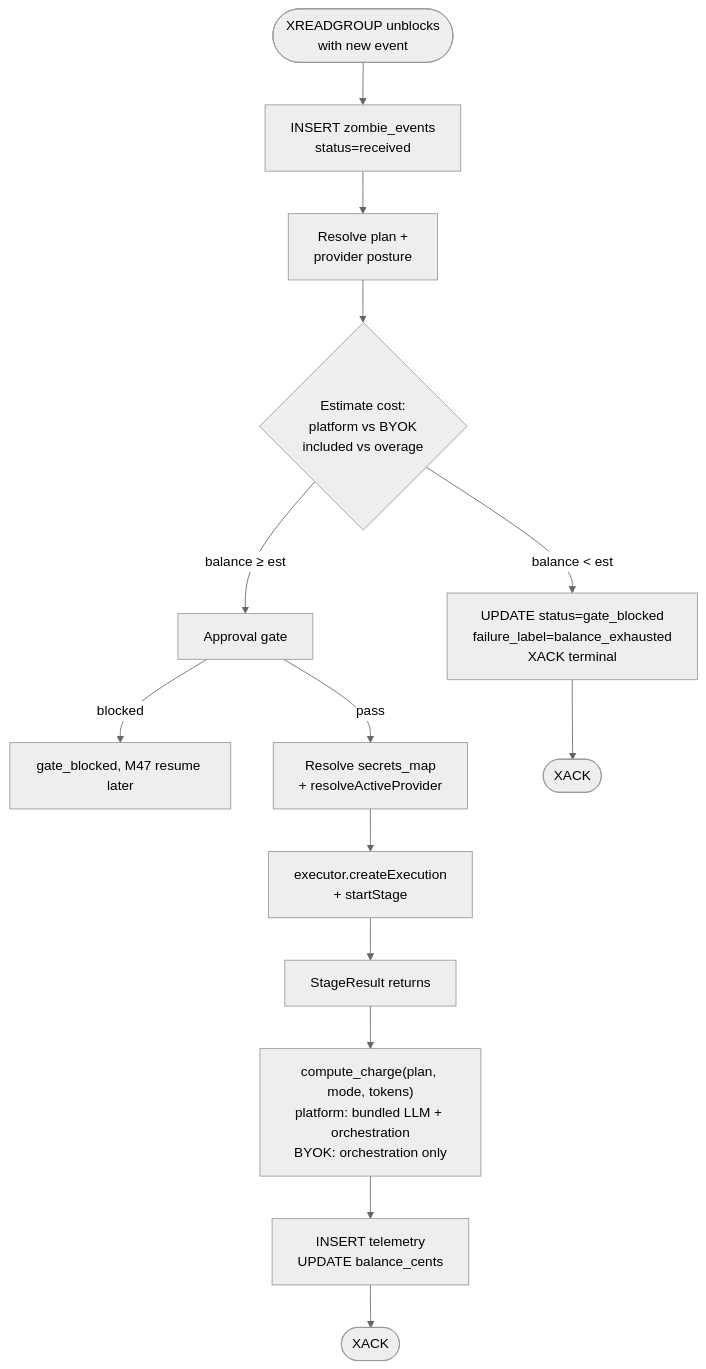
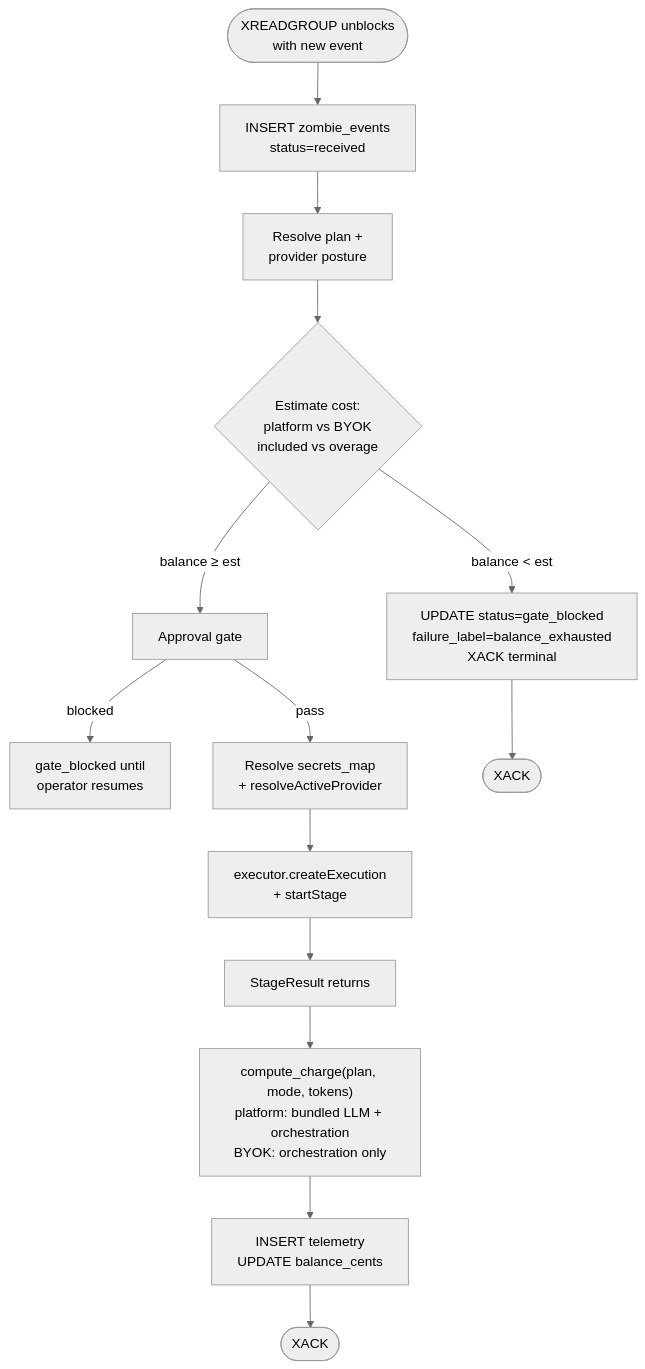
The diagram in docs/architecture/scenarios/03_balance_gate_paid.md (usezombie/usezombie), drawn with Mermaid (neutral theme) before and after one commit. The commit also changed other lines of this file and 7 other files, not shown here.

Commit message:
docs: clean architecture sources for docs reuse

````diff
--- a/docs/architecture/scenarios/03_balance_gate_paid.md
+++ b/docs/architecture/scenarios/03_balance_gate_paid.md
@@ -7,16 +7,16 @@
 ```mermaid
 flowchart TD
     Start([XREADGROUP unblocks<br/>with new event]) --> Insert[INSERT zombie_events<br/>status=received]
     Insert --> ResolvePlan[Resolve plan +<br/>provider posture]
     ResolvePlan --> EstCost{Estimate cost:<br/>platform vs BYOK<br/>included vs overage}
     EstCost -->|balance < est| Block[UPDATE status=gate_blocked<br/>failure_label=balance_exhausted<br/>XACK terminal]
     EstCost -->|balance ≥ est| Approval[Approval gate]
-    Approval -->|blocked| Wait[gate_blocked, M47 resume later]
+    Approval -->|blocked| Wait[gate_blocked until<br/>operator resumes]
     Approval -->|pass| ResolveCreds[Resolve secrets_map<br/>+ resolveActiveProvider]
     ResolveCreds --> Exec[executor.createExecution<br/>+ startStage]
     Exec --> Result[StageResult returns]
     Result --> Charge["compute_charge(plan, mode, tokens)<br/>platform: bundled LLM + orchestration<br/>BYOK: orchestration only"]
     Charge --> Telem[INSERT telemetry<br/>UPDATE balance_cents]
     Telem --> End([XACK])
     Block --> EndBlocked([XACK])
 ```
````
